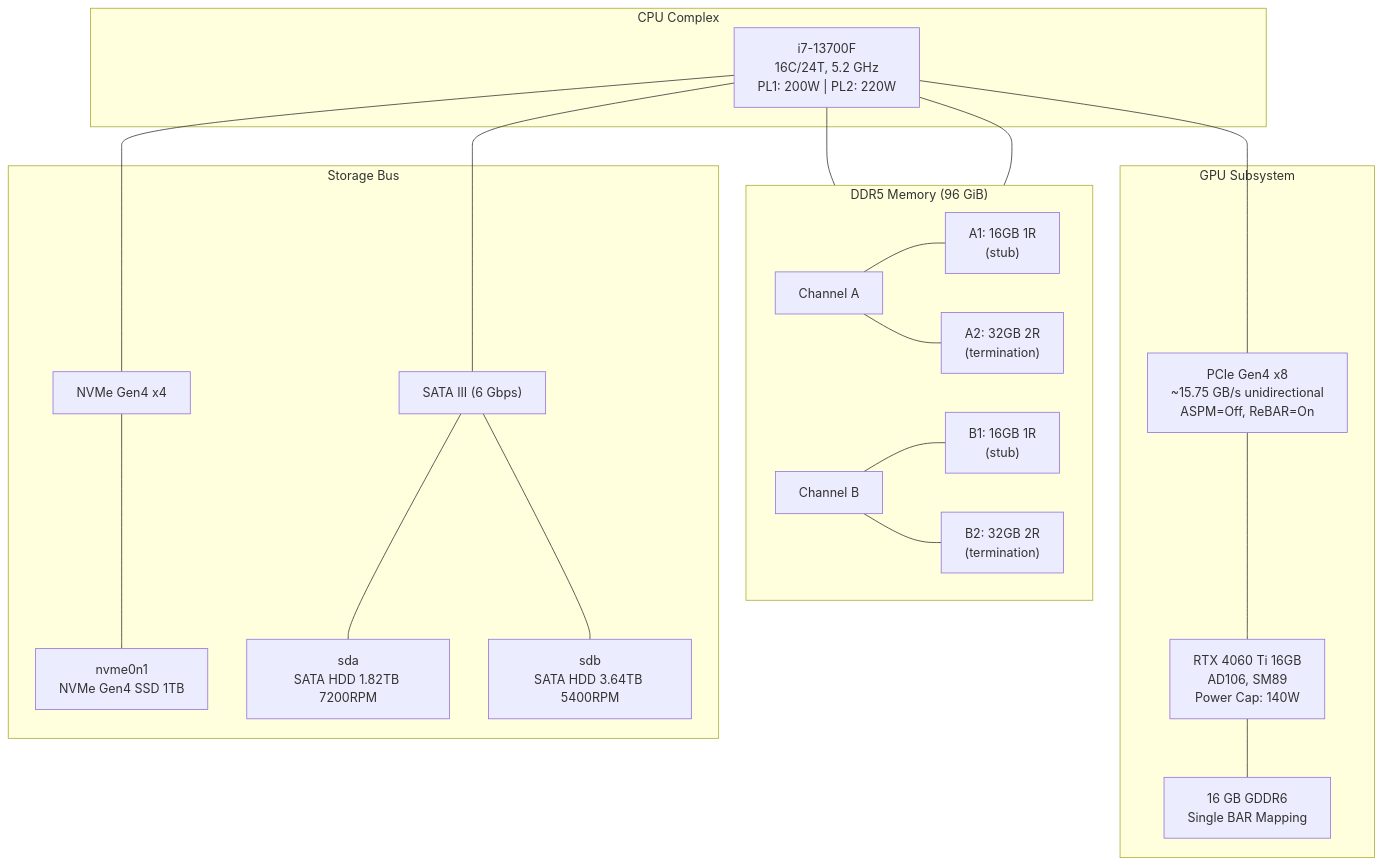
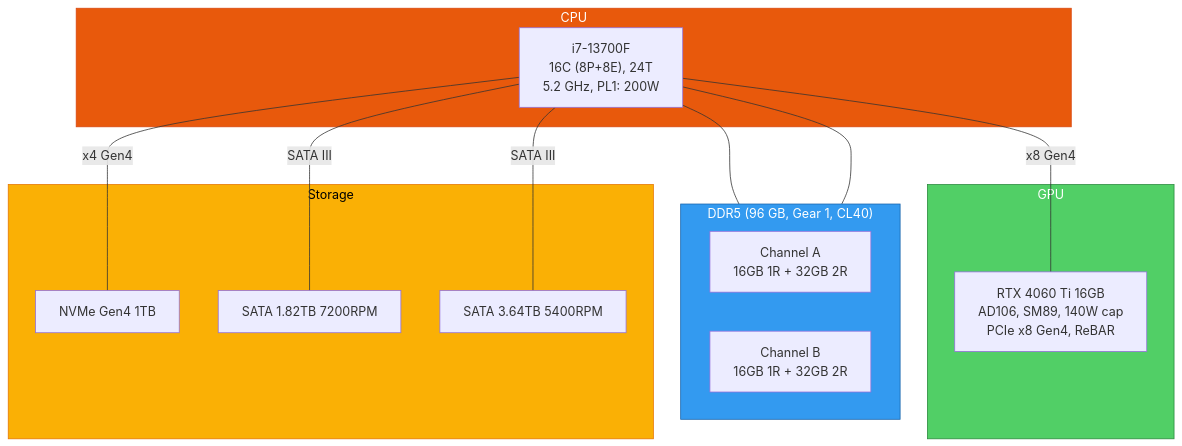
Before and after one commit to AmeerJ97/project-host: the fourth of 4 diagrams in README.md, drawn with Mermaid. The commit also changed other lines of this file and 23 other files, not shown here.

````diff
--- a/README.md
+++ b/README.md
@@ -185,41 +162,32 @@
 ```mermaid
 graph TD
-    subgraph CPU_Complex ["CPU Complex"]
-        CPU["i7-13700F<br>16C/24T, 5.2 GHz<br>PL1: 200W | PL2: 220W"]
+    subgraph CPU_Complex ["CPU"]
+        CPU["i7-13700F<br/>16C (8P+8E), 24T<br/>5.2 GHz, PL1: 200W"]
     end
 
-    subgraph Memory ["DDR5 Memory (96 GiB)"]
+    subgraph Memory ["DDR5 (96 GB, Gear 1, CL40)"]
         direction LR
-        CH_A["Channel A"]
-        CH_B["Channel B"]
-        A1["A1: 16GB 1R<br>(stub)"]
-        A2["A2: 32GB 2R<br>(termination)"]
-        B1["B1: 16GB 1R<br>(stub)"]
-        B2["B2: 32GB 2R<br>(termination)"]
-        CH_A --- A1 & A2
-        CH_B --- B1 & B2
+        CH_A["Channel A<br/>16GB 1R + 32GB 2R"]
+        CH_B["Channel B<br/>16GB 1R + 32GB 2R"]
     end
 
-    subgraph GPU_Subsystem ["GPU Subsystem"]
-        PCIe["PCIe Gen4 x8<br>~15.75 GB/s unidirectional<br>ASPM=Off, ReBAR=On"]
-        GPU["RTX 4060 Ti 16GB<br>AD106, SM89<br>Power Cap: 140W"]
-        PCIe --- GPU
-        VRAM["16 GB GDDR6<br>Single BAR Mapping"]
-        GPU --- VRAM
+    subgraph GPU_Sub ["GPU"]
+        GPU["RTX 4060 Ti 16GB<br/>AD106, SM89, 140W cap<br/>PCIe x8 Gen4, ReBAR"]
     end
 
-    subgraph Storage_Bus ["Storage Bus"]
-        NVMe_Bus["NVMe Gen4 x4"]
-        SATA_Bus["SATA III (6 Gbps)"]
-        NVMe["nvme0n1<br>NVMe Gen4 SSD 1TB"]
-        SDA["sda<br>SATA HDD 1.82TB 7200RPM"]
-        SDB["sdb<br>SATA HDD 3.64TB 5400RPM"]
-        NVMe_Bus --- NVMe
-        SATA_Bus --- SDA & SDB
+    subgraph Storage ["Storage"]
+        NVMe["NVMe Gen4 1TB"]
+        HDD1["SATA 1.82TB 7200RPM"]
+        HDD2["SATA 3.64TB 5400RPM"]
     end
 
     CPU --- CH_A & CH_B
-    CPU --- PCIe
-    CPU --- NVMe_Bus
-    CPU --- SATA_Bus
+    CPU ---|"x8 Gen4"| GPU
+    CPU ---|"x4 Gen4"| NVMe
+    CPU ---|"SATA III"| HDD1 & HDD2
+
+    style CPU_Complex fill:#e8590c,stroke:#d9480f,color:#fff
+    style Memory fill:#339af0,stroke:#1864ab,color:#fff
+    style GPU_Sub fill:#51cf66,stroke:#2b8a3e,color:#fff
+    style Storage fill:#fab005,stroke:#e67700,color:#000
 ```
````
